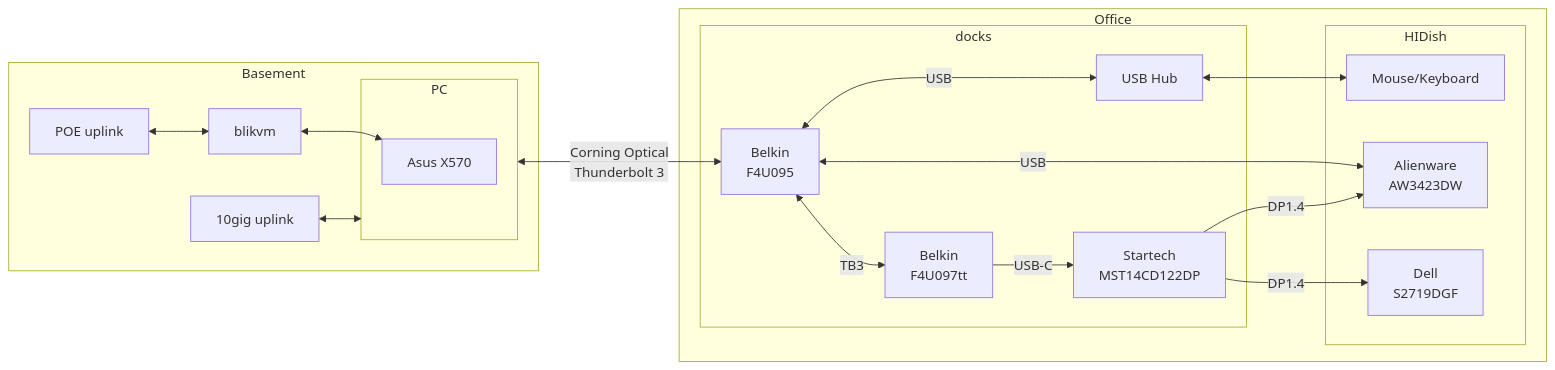
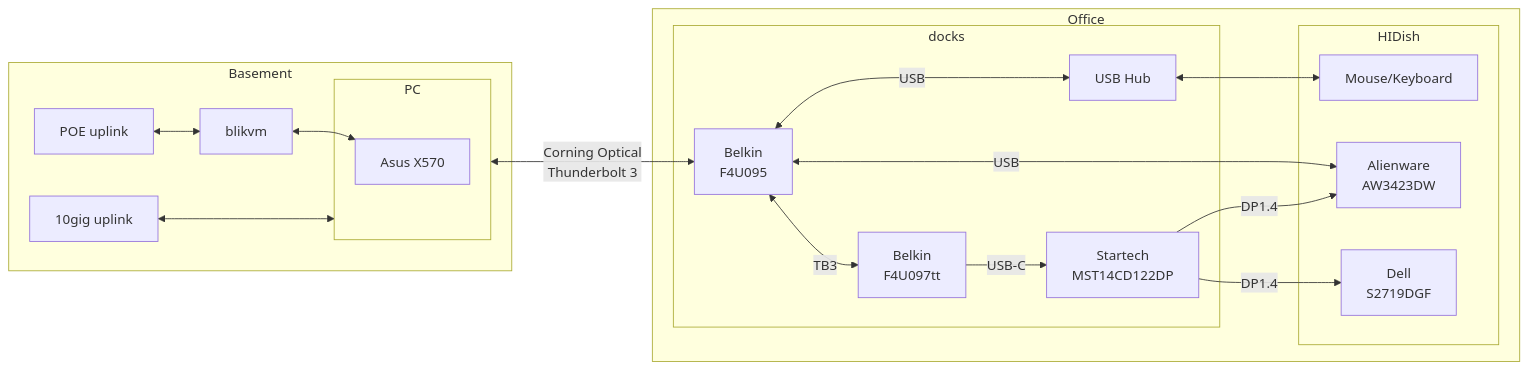
Before and after one commit to waflint/wflint-blog: the diagram in source/_drafts/desktop-migration.md, drawn with Mermaid. The commit also changed other lines of this file, not shown here.

```diff
--- a/source/_drafts/desktop-migration.md
+++ b/source/_drafts/desktop-migration.md
@@ -115,23 +125,23 @@
 {% mermaid flowchart LR %}
     subgraph basement [Basement]
-        I[10gig uplink] <--> PC
+        I[10gig uplink] <---> PC
         J[POE uplink] <--> kvm["blikvm"]
         kvm <--> s
         subgraph PC [PC]
             s["Asus X570"]
         end
     end
     subgraph office [Office]
         subgraph docks
             PC <--> |"Corning Optical\nThunderbolt 3"|hub1["Belkin\nF4U095"]
             hub1 <-->|"TB3"|hub2["Belkin\nF4U097tt"]
             hub2 --> |"USB-C"|MST["Startech\nMST14CD122DP"]
             hub1 <-->|"USB"|usbhub["USB Hub"]
         end
         subgraph HIDish
             usbhub <--> Mouse/Keyboard
             hub1 <-->|"USB"|monitor1
             MST --> |"DP1.4"|monitor1["Alienware\nAW3423DW"] & monitor2["Dell\nS2719DGF"]
         end
     end
 {% endmermaid %}
```
